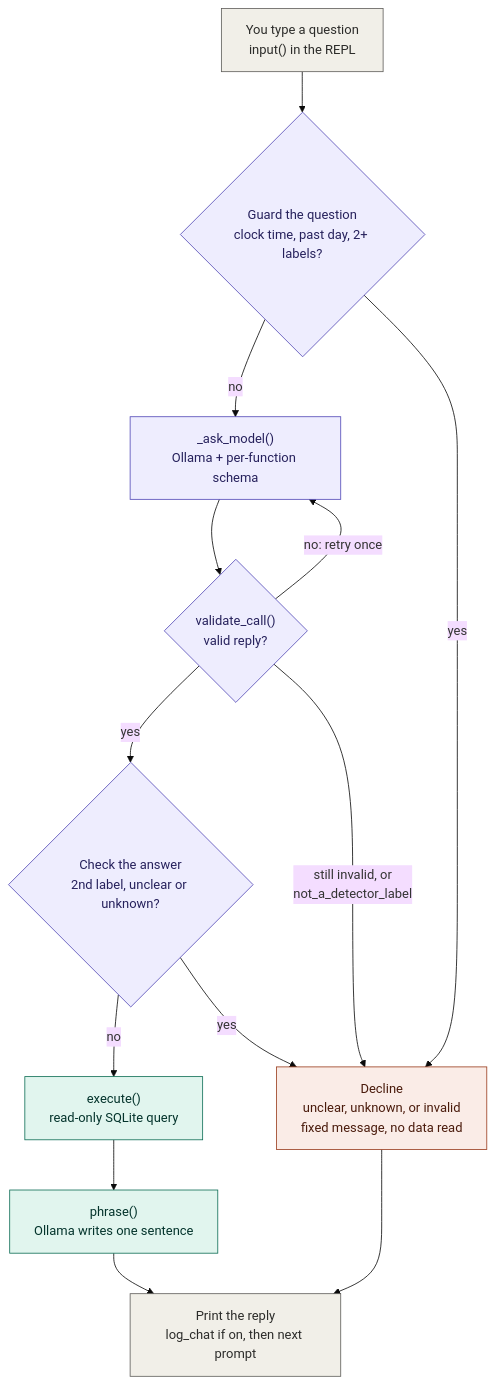
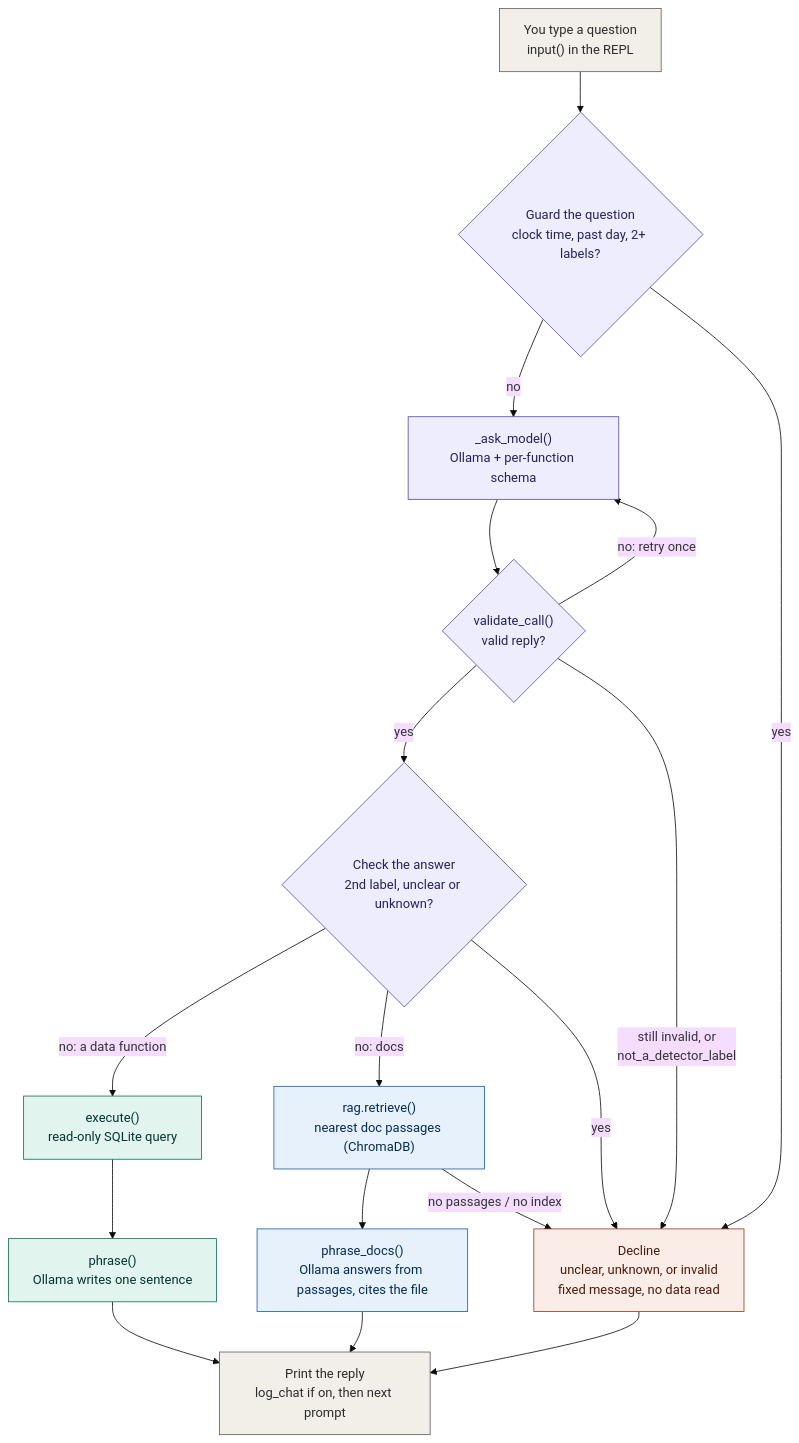
One commit to PaoloManlapaz243/RaspberryPI_IoT_Lab changed the diagram in docs/assistant-flow.md. Above: the diagram before and after it, drawn with Mermaid (base theme). The commit also changed other lines of this file and 12 other files, not shown here.

````diff
--- a/docs/assistant-flow.md
+++ b/docs/assistant-flow.md
@@ -13,25 +15,31 @@
 ```mermaid
 flowchart TD
     A["You type a question<br/>input() in the REPL"] --> B{"Guard the question<br/>clock time, past day, 2+ labels?"}
     B -- no --> C["_ask_model()<br/>Ollama + per-function schema"]
     C --> D{"validate_call()<br/>valid reply?"}
     D -- "no: retry once" --> C
     D -- yes --> E{"Check the answer<br/>2nd label, unclear or unknown?"}
-    E -- no --> F["execute()<br/>read-only SQLite query"]
+    E -- "no: a data function" --> F["execute()<br/>read-only SQLite query"]
+    E -- "no: docs" --> R["rag.retrieve()<br/>nearest doc passages (ChromaDB)"]
+    R --> P["phrase_docs()<br/>Ollama answers from passages, cites the file"]
+    P --> H
     F --> G["phrase()<br/>Ollama writes one sentence"]
     G --> H["Print the reply<br/>log_chat if on, then next prompt"]
 
     B -- yes --> X["Decline<br/>unclear, unknown, or invalid<br/>fixed message, no data read"]
     D -- "still invalid, or<br/>not_a_detector_label" --> X
     E -- yes --> X
+    R -- "no passages / no index" --> X
     X --> H
 
     classDef io fill:#F1EFE8,stroke:#5F5E5A,color:#2C2C2A
     classDef routing fill:#EEEDFE,stroke:#534AB7,color:#26215C
     classDef data fill:#E1F5EE,stroke:#0F6E56,color:#04342C
+    classDef docs fill:#E6F1FB,stroke:#185FA5,color:#042C53
     classDef decline fill:#FAECE7,stroke:#993C1D,color:#4A1B0C
     class A,H io
     class B,C,D,E routing
     class F,G data
+    class R,P docs
     class X decline
 ```
````
